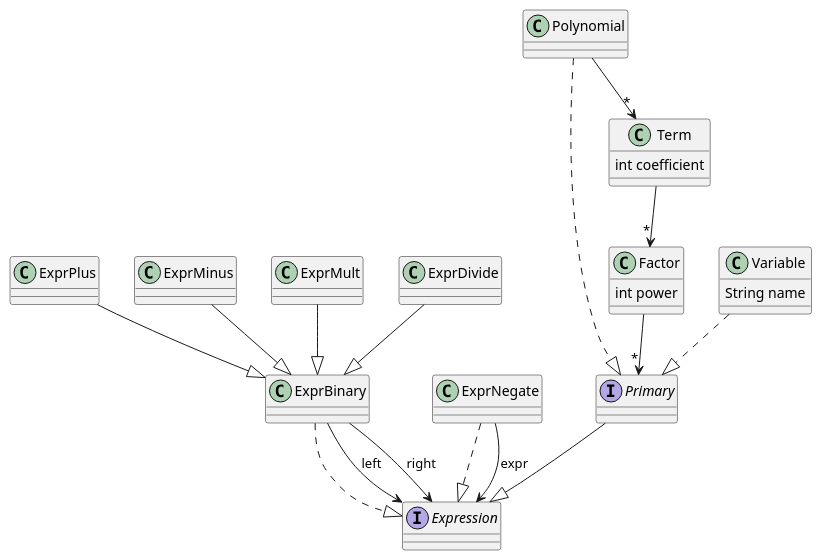
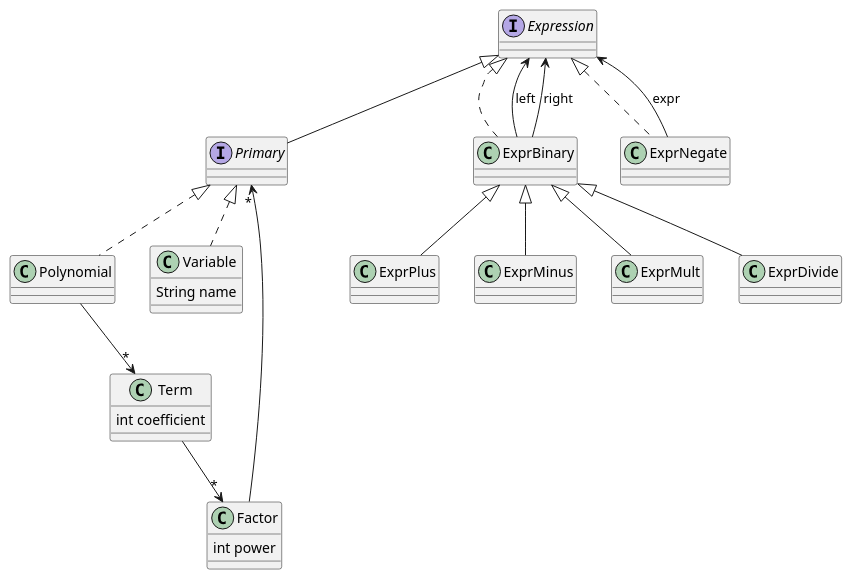
The diagram in doc/classes.plantuml (saka1029/form), drawn with PlantUML before and after one commit. The commit also changed 4 other files, not shown here.

```diff
--- a/doc/classes.plantuml
+++ b/doc/classes.plantuml
@@ -1,35 +1,35 @@
 @startuml form
 interface Expression
 class ExprBinary
 class ExprNegate
 class ExprPlus
 class ExprMinus
 class ExprMult
 class ExprDivide
 interface Primary
 class Polynomial
 class Term {
     int coefficient
 }
 class Factor {
     int power
 }
 class Variable {
     String name
 }
-ExprNegate ..|> Expression
-ExprBinary ..|> Expression
-ExprPlus --|> ExprBinary
-ExprMinus --|> ExprBinary
-ExprMult --|> ExprBinary
-ExprDivide --|> ExprBinary
-Primary --|> Expression
-Polynomial ..|> Primary
-Variable ..|> Primary
+ExprNegate .up.|> Expression
+ExprBinary .up.|> Expression
+ExprPlus -up-|> ExprBinary
+ExprMinus -up-|> ExprBinary
+ExprMult -up-|> ExprBinary
+ExprDivide -up-|> ExprBinary
+Primary -up-|> Expression
+Polynomial .up.|> Primary
+Variable .up.|> Primary
 ExprNegate --> Expression : expr
 ExprBinary --> Expression : left
 ExprBinary --> Expression : right
 Polynomial --> "*" Term
 Term --> "*" Factor
 Factor -->  "*"Primary
 @enduml
```
